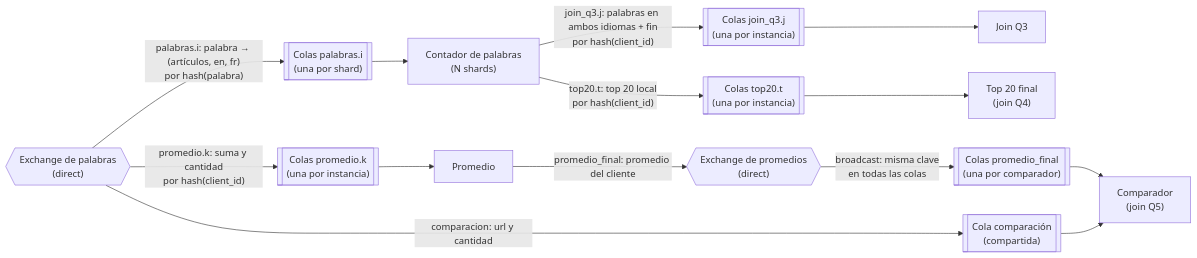
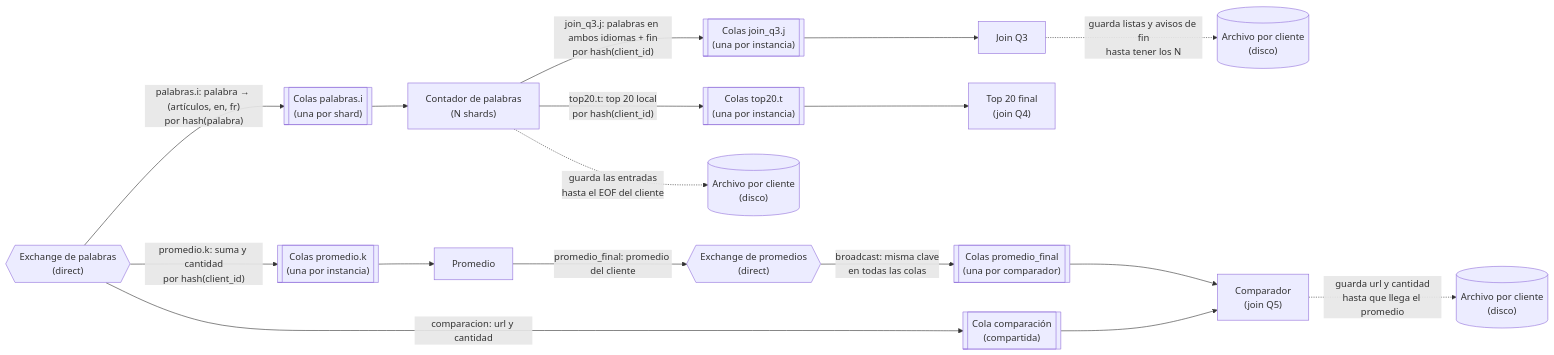
One commit to Cristobal710/tp-final-distribuidos changed diagram 11 of 14 in diagramas/README.md. Above: the diagram before and after it, drawn with Mermaid. The commit also changed other lines of this file, not shown here.

Commit message:
fix: Agrego persistencia en nodos que guardaban en memoria y datos de la fecha de creacion

````diff
--- a/diagramas/README.md
+++ b/diagramas/README.md
@@ -435,20 +439,23 @@
 ```mermaid
 flowchart LR
     EXP{{"Exchange de palabras<br/>(direct)"}}
 
     EXP -- "palabras.i: palabra → (artículos, en, fr)<br/>por hash(palabra)" --> QW[["Colas palabras.i<br/>(una por shard)"]]
     QW --> WC["Contador de palabras<br/>(N shards)"]
     WC -- "join_q3.j: palabras en ambos idiomas + fin<br/>por hash(client_id)" --> QJ3[["Colas join_q3.j<br/>(una por instancia)"]]
     QJ3 --> J3["Join Q3"]
     WC -- "top20.t: top 20 local<br/>por hash(client_id)" --> QTOP[["Colas top20.t<br/>(una por instancia)"]]
     QTOP --> TOP["Top 20 final<br/>(join Q4)"]
+    WC -. "guarda las entradas<br/>hasta el EOF del cliente" .-> DWC[("Archivo por cliente<br/>(disco)")]
+    J3 -. "guarda listas y avisos de fin<br/>hasta tener los N" .-> DJ3[("Archivo por cliente<br/>(disco)")]
 
     EXP -- "promedio.k: suma y cantidad<br/>por hash(client_id)" --> QAVG[["Colas promedio.k<br/>(una por instancia)"]]
     QAVG --> AVG["Promedio"]
     AVG -- "promedio_final: promedio del cliente" --> EXB{{"Exchange de promedios<br/>(direct)"}}
     EXB -- "broadcast: misma clave<br/>en todas las colas" --> QB[["Colas promedio_final<br/>(una por comparador)"]]
     QB --> CMP["Comparador<br/>(join Q5)"]
 
     EXP -- "comparacion: url y cantidad" --> QCMP[["Cola comparación<br/>(compartida)"]]
     QCMP --> CMP
+    CMP -. "guarda url y cantidad<br/>hasta que llega el promedio" .-> DCMP[("Archivo por cliente<br/>(disco)")]
 ```
````
